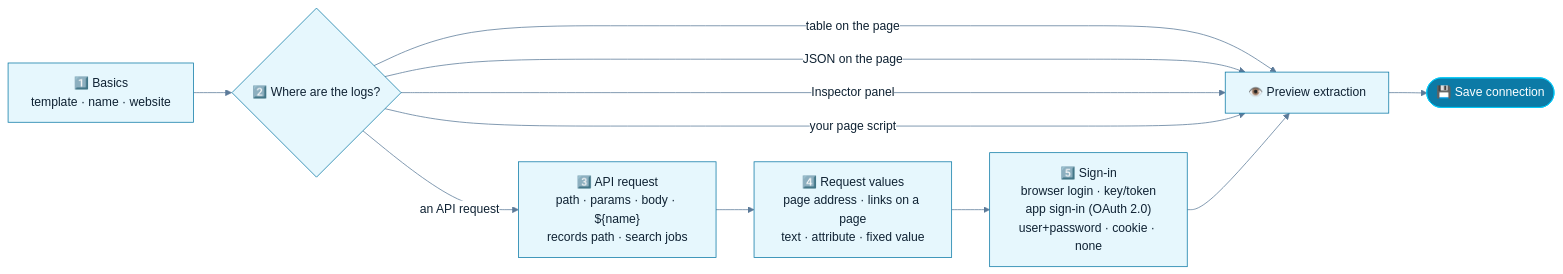
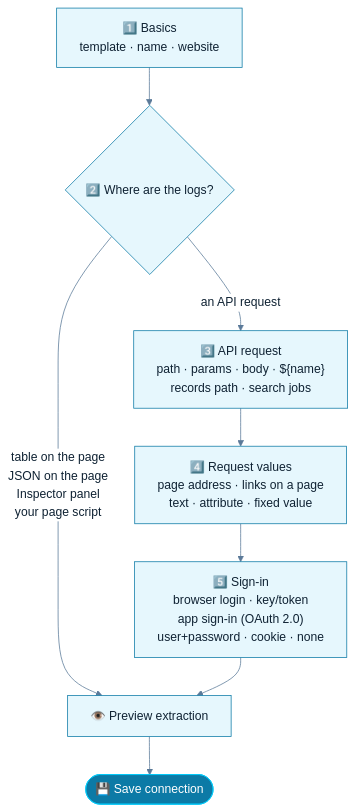
Before and after one commit to aymenmarjan/veilux-soc-assistant: the seventh of 9 diagrams in docs/DIAGRAMS.md, drawn with Mermaid. The commit also changed other lines of this file, not shown here.

Commit message:
docs: fix Mermaid diagram text clipping and layout

````diff
--- a/docs/DIAGRAMS.md
+++ b/docs/DIAGRAMS.md
@@ -214,18 +217,15 @@
 ```mermaid
-%%{init: {"theme":"base","themeVariables":{"primaryColor":"#E6F7FD","primaryBorderColor":"#0C7AA6","primaryTextColor":"#0F2233","lineColor":"#5B7A99","clusterBkg":"#F4F9FC","clusterBorder":"#9FC9DC","titleColor":"#0F2233","edgeLabelBackground":"#FFFFFF"}}}%%
-flowchart LR
+%%{init: {"theme":"base","themeVariables":{"primaryColor":"#E6F7FD","primaryBorderColor":"#0C7AA6","primaryTextColor":"#0F2233","lineColor":"#5B7A99","clusterBkg":"#F4F9FC","clusterBorder":"#9FC9DC","titleColor":"#0F2233","edgeLabelBackground":"#FFFFFF"},"flowchart":{"wrappingWidth":320}}}%%
+flowchart TD
     S1["1️⃣ Basics<br/>template · name · website"] --> S2{"2️⃣ Where are the logs?"}
-    S2 -- "table on the page" --> PV
-    S2 -- "JSON on the page" --> PV
-    S2 -- "Inspector panel" --> PV
-    S2 -- "your page script" --> PV
+    S2 -- "table on the page<br/>JSON on the page<br/>Inspector panel<br/>your page script" --> PV
     S2 -- "an API request" --> S3["3️⃣ API request<br/>path · params · body · ${name}<br/>records path · search jobs"]
     S3 --> S4["4️⃣ Request values<br/>page address · links on a page<br/>text · attribute · fixed value"]
     S4 --> S5["5️⃣ Sign-in<br/>browser login · key/token<br/>app sign-in (OAuth 2.0)<br/>user+password · cookie · none"]
     S5 --> PV["👁️ Preview extraction"]
     PV --> SV(["💾 Save connection"])
     classDef step fill:#E6F7FD,stroke:#0C7AA6,color:#0F2233
     classDef done fill:#0C7AA6,stroke:#00C8F8,color:#FFFFFF
     class S1,S2,S3,S4,S5,PV step
     class SV done
 ```
````
